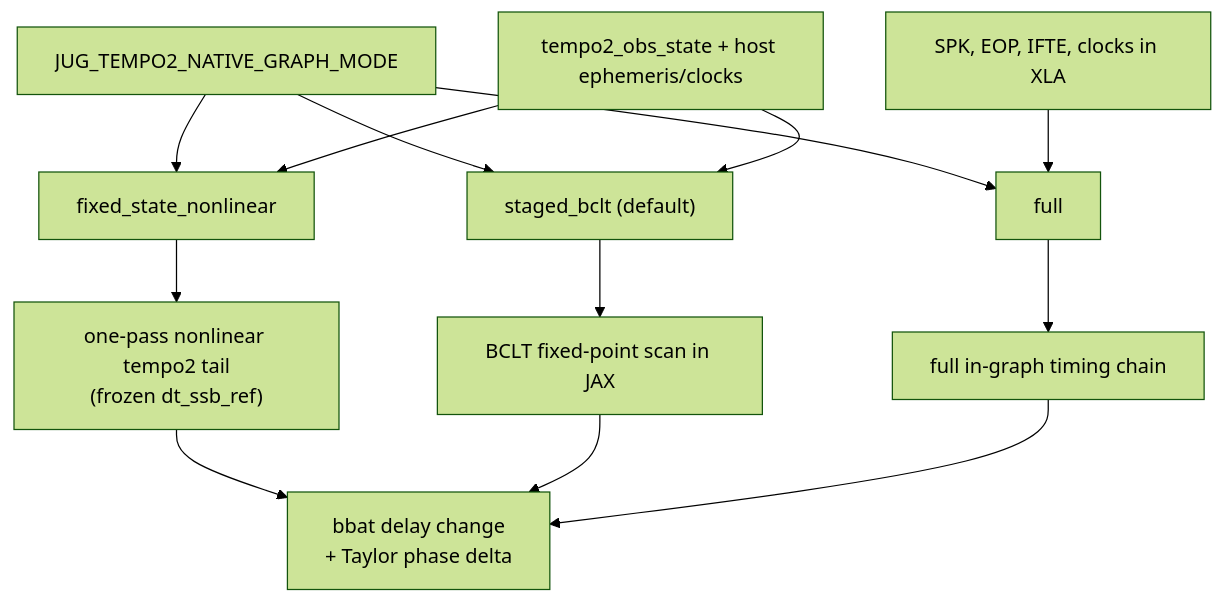
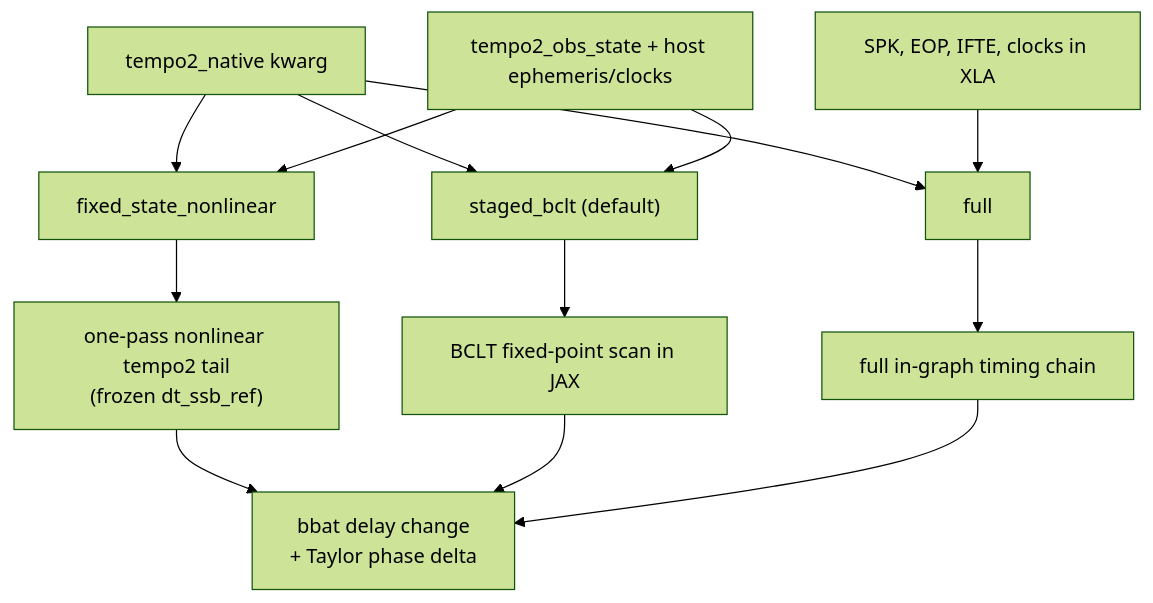
The diagram in PARITY_THEORY.md (MattTMiles/jug), drawn with Mermaid (forest theme) before and after one commit. The commit also changed other lines of this file and 59 other files, not shown here.

First line of the commit message:
refactor(tempo2): adopt tempo2_native kwargs and rename dev-oracle tests

````diff
--- a/PARITY_THEORY.md
+++ b/PARITY_THEORY.md
@@ -342,18 +353,18 @@
 ```mermaid
 flowchart TB
-  Mode["JUG_TEMPO2_NATIVE_GRAPH_MODE"] --> Fixed["fixed_state_nonlinear"]
+  Mode["tempo2_native kwarg"] --> Fixed["fixed_state_nonlinear"]
   Mode --> Staged["staged_bclt (default)"]
   Mode --> Full["full"]
 
   FrozenState["tempo2_obs_state + host ephemeris/clocks"] --> Fixed
   FrozenState --> Staged
   Tables["SPK, EOP, IFTE, clocks in XLA"] --> Full
 
   Fixed --> OnePass["one-pass nonlinear tempo2 tail\n(frozen dt_ssb_ref)"]
   Staged --> Scan["BCLT fixed-point scan in JAX"]
   Full --> FullGraph["full in-graph timing chain"]
 
   OnePass --> Delta["bbat delay change\n+ Taylor phase delta"]
   Scan --> Delta
   FullGraph --> Delta
 ```
````
